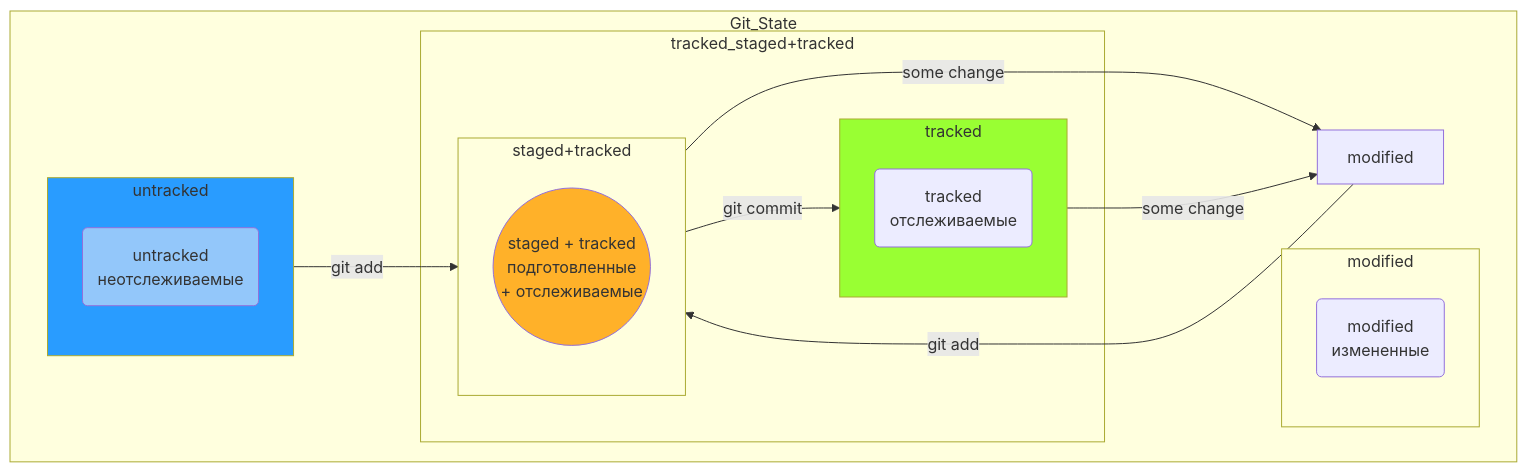
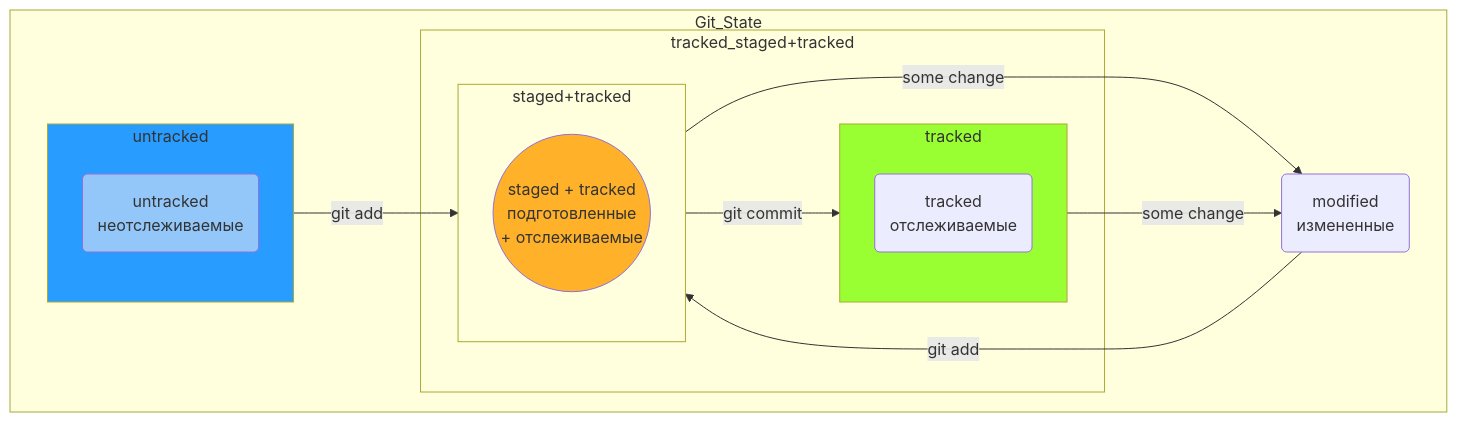
One commit to AleksandrVakarin/GitInstructionMermaid changed the diagram in README.md. Above: the diagram before and after it, drawn with Mermaid.

````diff
--- a/README.md
+++ b/README.md
@@ -93,44 +93,39 @@
 ```mermaid
 flowchart TD;
 	
 	stgd((staged + tracked<br>подготовленные<br> + отслеживаемые))
 	mdf(modified<br>измененные)
 	untr(untracked<br>неотслеживаемые)
 	trcd(tracked<br>отслеживаемые)
 
 
 	subgraph Git_State
 
 		subgraph untracked
 			untr
 		end
 
-		subgraph modified 
-			mdf
-		end
-
 		subgraph tracked_staged+tracked
 
 			subgraph tracked
 				trcd
 			end
 
 			subgraph staged+tracked
 				stgd
 			end
 
 		end
 
-	
 		untracked-- git add -->staged+tracked
-		modified-- git add -->staged+tracked
-		staged+tracked-- some change -->modified
+		mdf-- git add -->staged+tracked
+		staged+tracked-- some change -->mdf
 		staged+tracked-- git commit -->tracked
-		tracked-- some change -->modified
+		tracked-- some change -->mdf
 	end
 
 	style stgd fill: #FFB129
 	style untr fill: #93C7FA
 	style untracked fill: #299CFF
 	style tracked fill: #99FF33
 ```
````
